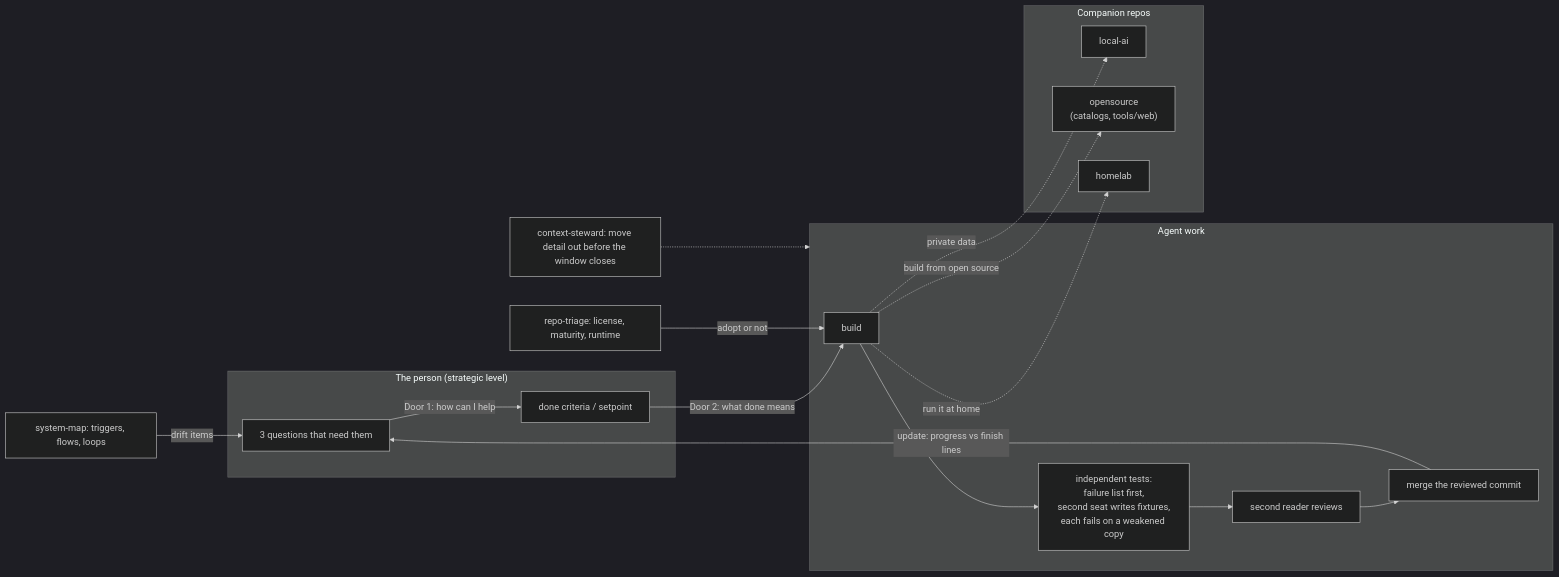
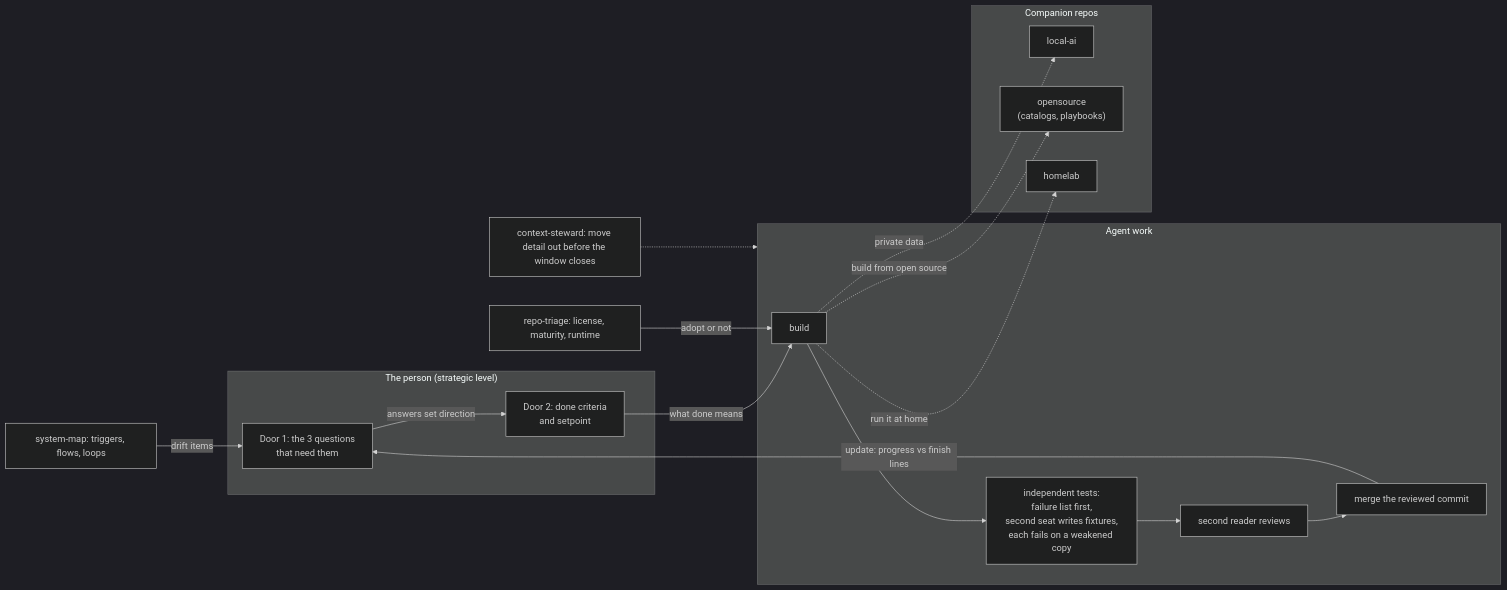
The diagram in README.md (rivendale/hsi-operator), drawn with Mermaid (dark theme) before and after one commit. The commit also changed other lines of this file and 2 other files, not shown here.

Commit message:
Review fixes: tools/web is in review, not on main; precise wording on fixtures and flags
The link to opensource tools/web 404ed in CI because opensource#20 is still open; point to the PR.
Reword the weakened-copy claim (catching fixtures only; controls are non-biting) and "never read the
code" (written before reading it). Name Claude Code's documented --tools "" for the cross-vendor
contrast. Soften a count from one person's data. Door labels move onto the diagram's nodes.

````diff
--- a/README.md
+++ b/README.md
@@ -40,25 +40,25 @@
 ```mermaid
 flowchart LR
   subgraph operator["The person (strategic level)"]
-    Q["3 questions that need them"]
-    D["done criteria / setpoint"]
+    Q["Door 1: the 3 questions<br/>that need them"]
+    D["Door 2: done criteria<br/>and setpoint"]
   end
   subgraph agent["Agent work"]
     W["build"] --> T["independent tests:<br/>failure list first,<br/>second seat writes fixtures,<br/>each fails on a weakened copy"]
     T --> R["second reader reviews"] --> M["merge the reviewed commit"]
   end
-  D -- "Door 2: what done means" --> W
+  D -- "what done means" --> W
   M -- "update: progress vs finish lines" --> Q
   SM["system-map: triggers, flows, loops"] -- "drift items" --> Q
   RT["repo-triage: license, maturity, runtime"] -- "adopt or not" --> W
   CS["context-steward: move detail out before the window closes"] -.-> agent
-  Q -- "Door 1: how can I help" --> D
+  Q -- "answers set direction" --> D
   subgraph siblings["Companion repos"]
     LA["local-ai"]
-    OS["opensource<br/>(catalogs, tools/web)"]
+    OS["opensource<br/>(catalogs, playbooks)"]
     HL["homelab"]
   end
   W -. "private data" .-> LA
   W -. "build from open source" .-> OS
   W -. "run it at home" .-> HL
 ```
````
